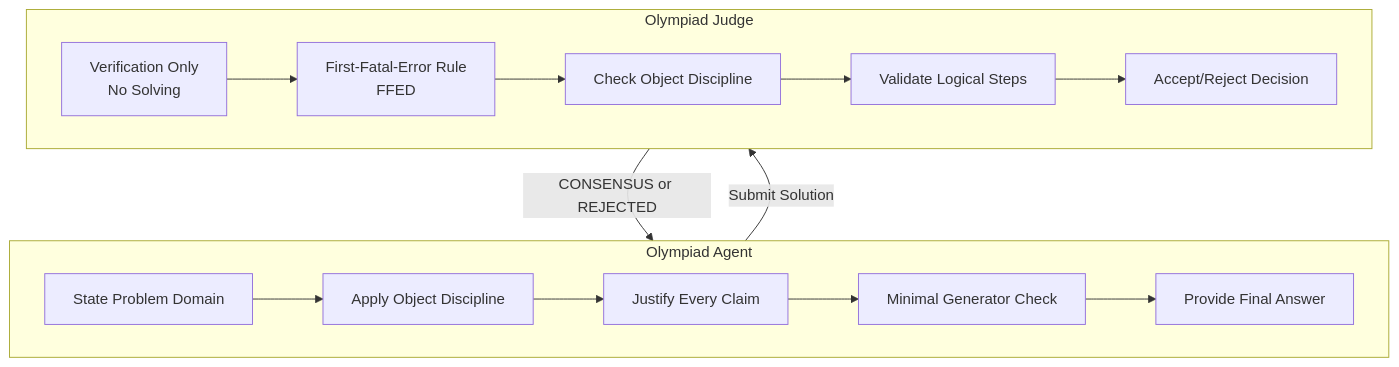
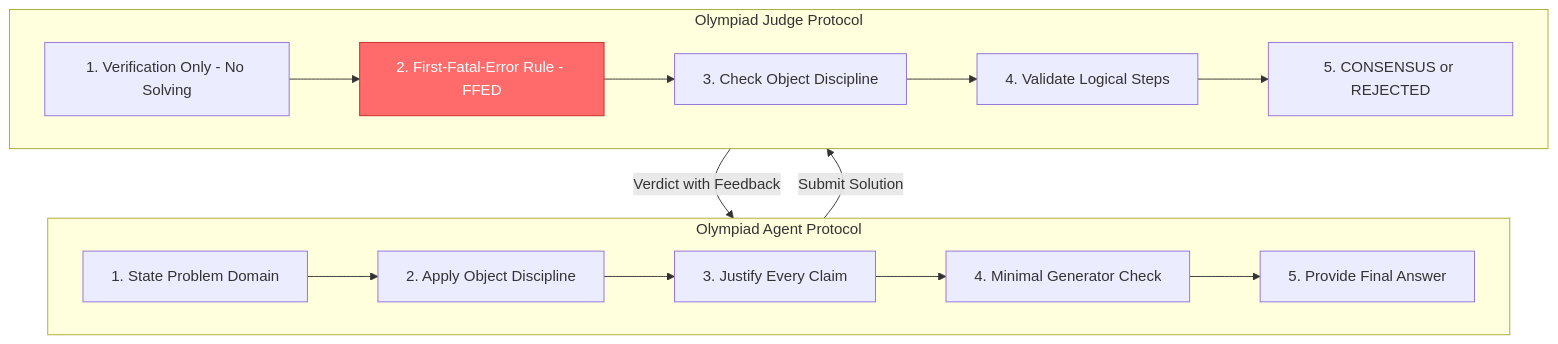
One commit to mikenk2010/COSC3009-Intelligent-Decision-Making-Advanced-IDM-Algorithm-Design changed the eighth of 22 diagrams in README.md. Above: the diagram before and after it, drawn with Mermaid. The commit also changed other lines of this file and 1 other file, not shown here.

Commit message:
Final report

````diff
--- a/README.md
+++ b/README.md
@@ -263,23 +362,25 @@
 ```mermaid
 flowchart TB
-    subgraph Agent["Olympiad Agent"]
-        A1[State Problem Domain]
-        A2[Apply Object Discipline]
-        A3[Justify Every Claim]
-        A4[Minimal Generator Check]
-        A5[Provide Final Answer]
+    subgraph Agent["Olympiad Agent Protocol"]
+        A1["1. State Problem Domain"]
+        A2["2. Apply Object Discipline"]
+        A3["3. Justify Every Claim"]
+        A4["4. Minimal Generator Check"]
+        A5["5. Provide Final Answer"]
         A1 --> A2 --> A3 --> A4 --> A5
     end
 
-    subgraph Judge["Olympiad Judge"]
-        J1[Verification Only<br/>No Solving]
-        J2[First-Fatal-Error Rule<br/>FFED]
-        J3[Check Object Discipline]
-        J4[Validate Logical Steps]
-        J5[Accept/Reject Decision]
+    subgraph Judge["Olympiad Judge Protocol"]
+        J1["1. Verification Only - No Solving"]
+        J2["2. First-Fatal-Error Rule - FFED"]
+        J3["3. Check Object Discipline"]
+        J4["4. Validate Logical Steps"]
+        J5["5. CONSENSUS or REJECTED"]
         J1 --> J2 --> J3 --> J4 --> J5
     end
 
-    Agent --> |Submit Solution| Judge
-    Judge --> |CONSENSUS or REJECTED| Agent
+    Agent --> |"Submit Solution"| Judge
+    Judge --> |"Verdict with Feedback"| Agent
+
+    style J2 fill:#ff6b6b,stroke:#c92a2a,color:#fff
 ```
````
